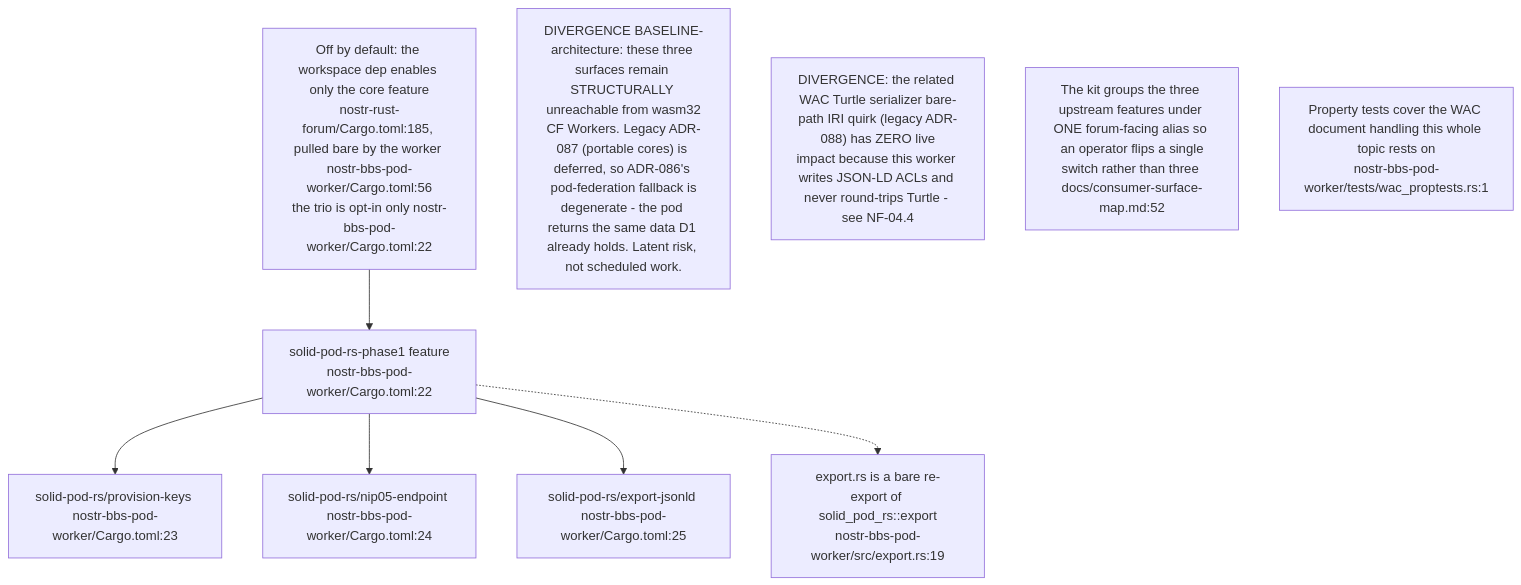
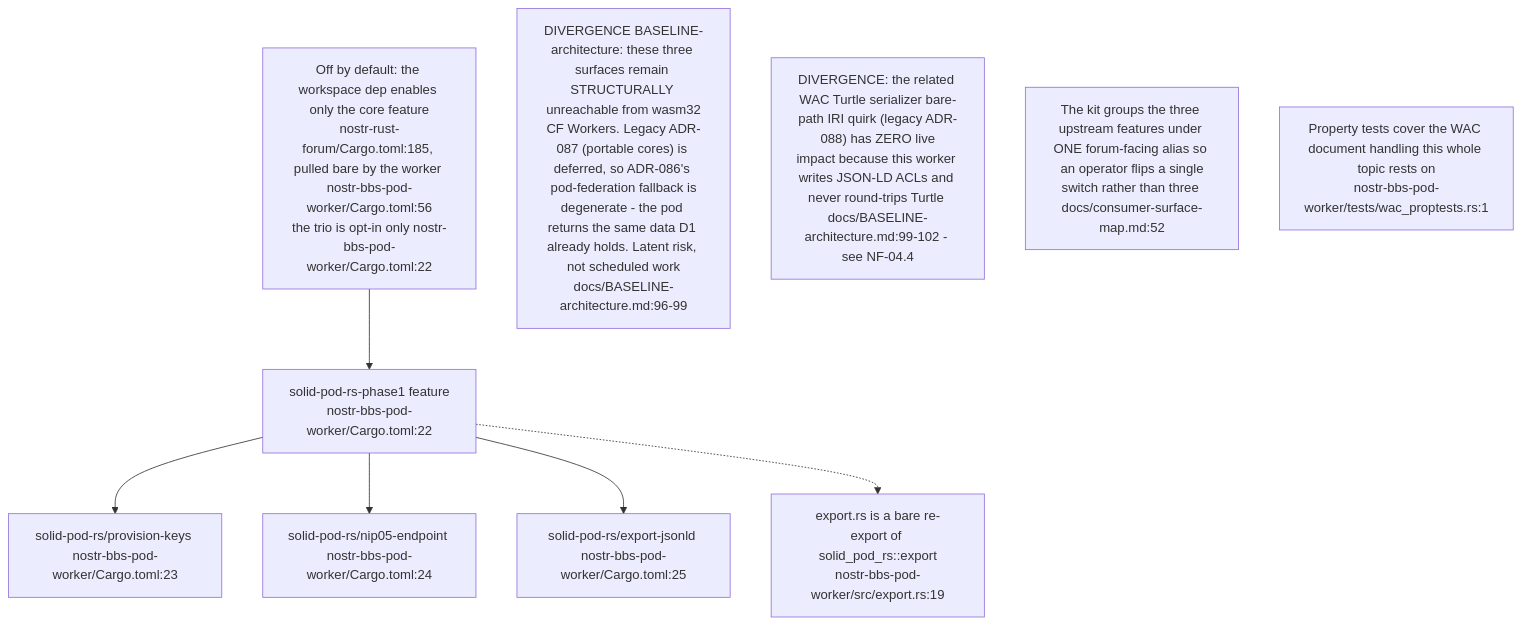
One commit to DreamLab-AI/VisionFlow changed the ninth of 10 diagrams in docs/diagrams/nostr-rust-forum/04-pod-worker-ldp-wac-and-delegation.md. Above: the diagram before and after it, drawn with Mermaid. The commit also changed other lines of this file and 91 other files, not shown here.

````diff
--- a/docs/diagrams/nostr-rust-forum/04-pod-worker-ldp-wac-and-delegation.md
+++ b/docs/diagrams/nostr-rust-forum/04-pod-worker-ldp-wac-and-delegation.md
@@ -264,18 +271,18 @@
 ```mermaid
 flowchart TB
     FEAT["solid-pod-rs-phase1 feature<br/>nostr-bbs-pod-worker/Cargo.toml:22"]
     F1["solid-pod-rs/provision-keys nostr-bbs-pod-worker/Cargo.toml:23"]
     F2["solid-pod-rs/nip05-endpoint nostr-bbs-pod-worker/Cargo.toml:24"]
     F3["solid-pod-rs/export-jsonld nostr-bbs-pod-worker/Cargo.toml:25"]
     EXPORT["export.rs is a bare re-export of solid_pod_rs::export<br/>nostr-bbs-pod-worker/src/export.rs:19"]
     STATE["Off by default: the workspace dep enables only the core feature<br/>nostr-rust-forum/Cargo.toml:185, pulled bare by the worker nostr-bbs-pod-worker/Cargo.toml:56<br/>the trio is opt-in only nostr-bbs-pod-worker/Cargo.toml:22"]
 
     FEAT --> F1 & F2 & F3
     FEAT -.-> EXPORT
     STATE --> FEAT
 
-    N1["DIVERGENCE BASELINE-architecture: these three surfaces remain STRUCTURALLY unreachable from wasm32<br/>CF Workers. Legacy ADR-087 (portable cores) is deferred, so ADR-086's pod-federation fallback is<br/>degenerate - the pod returns the same data D1 already holds. Latent risk, not scheduled work."]
-    N2["DIVERGENCE: the related WAC Turtle serializer bare-path IRI quirk (legacy ADR-088) has ZERO live<br/>impact because this worker writes JSON-LD ACLs and never round-trips Turtle - see NF-04.4"]
+    N1["DIVERGENCE BASELINE-architecture: these three surfaces remain STRUCTURALLY unreachable from wasm32<br/>CF Workers. Legacy ADR-087 (portable cores) is deferred, so ADR-086's pod-federation fallback is<br/>degenerate - the pod returns the same data D1 already holds. Latent risk, not scheduled work<br/>docs/BASELINE-architecture.md:96-99"]
+    N2["DIVERGENCE: the related WAC Turtle serializer bare-path IRI quirk (legacy ADR-088) has ZERO live<br/>impact because this worker writes JSON-LD ACLs and never round-trips Turtle docs/BASELINE-architecture.md:99-102 - see NF-04.4"]
     N3["The kit groups the three upstream features under ONE forum-facing alias so an operator flips a single<br/>switch rather than three docs/consumer-surface-map.md:52"]
     N4["Property tests cover the WAC document handling this whole topic rests on<br/>nostr-bbs-pod-worker/tests/wac_proptests.rs:1"]
 ```
````
